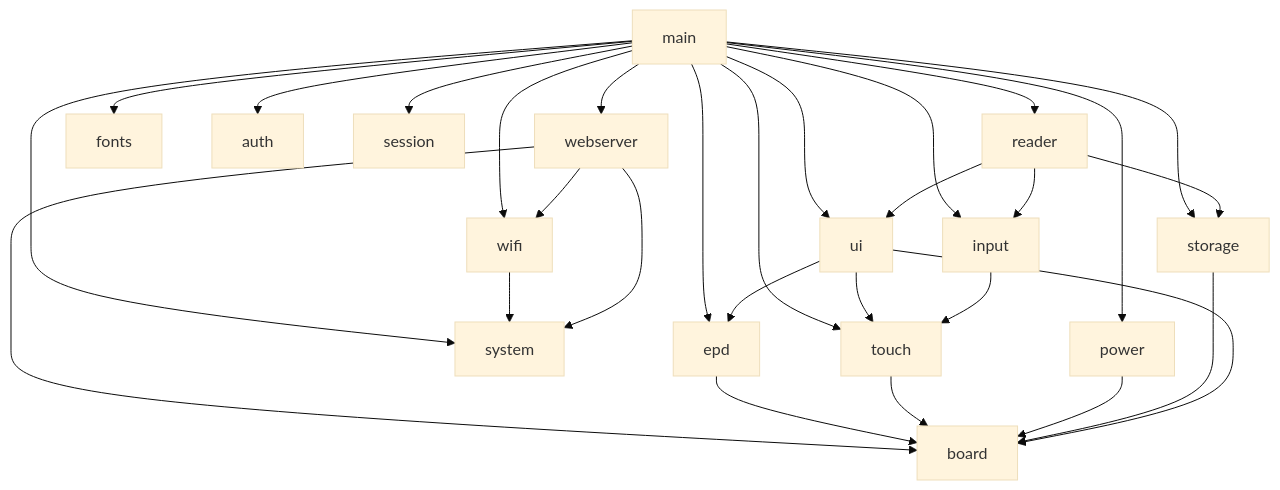
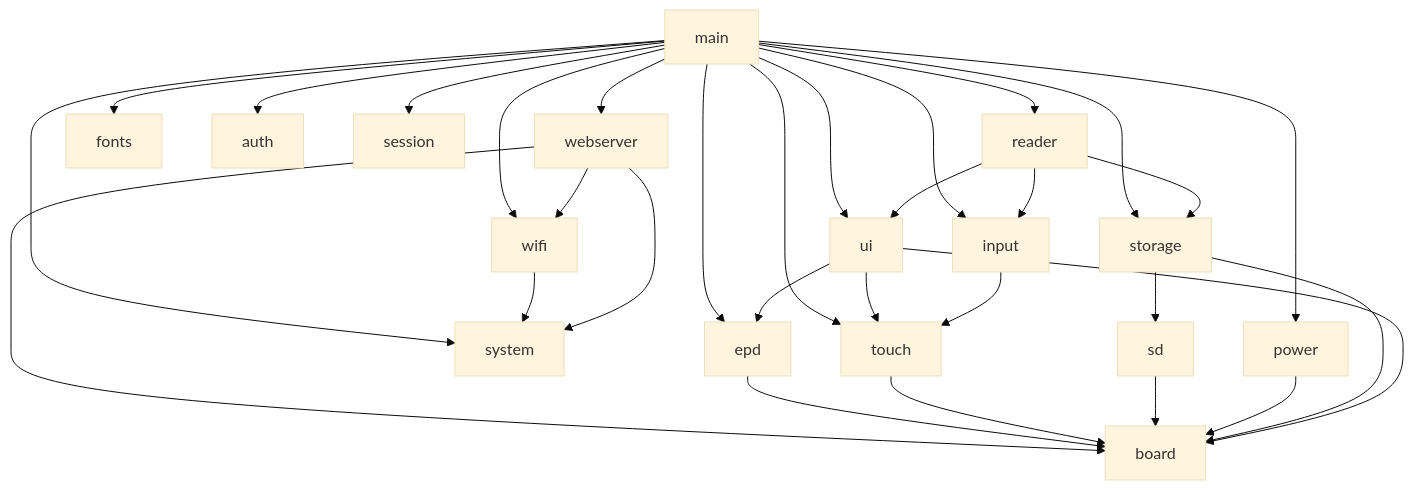
Before and after one commit to xiaobaoaaaaaa/ESPaperPlay: the first of 2 diagrams in README.md, drawn with Mermaid (base theme). The commit also changed other lines of this file and 11 other files, not shown here.

````diff
--- a/README.md
+++ b/README.md
@@ -67,36 +68,38 @@
 ```mermaid
 graph TD
     main[main] --> reader[reader]
     main --> ui[ui]
     main --> fonts[fonts]
     main --> input[input]
     main --> power[power]
     main --> storage[storage]
     main --> system[system]
     main --> auth[auth]
     main --> session[session]
     main --> wifi[wifi]
     main --> webserver[webserver]
     main --> touch[touch]
     main --> epd[epd]
 
     wifi --> system
     webserver --> system
     webserver --> wifi
     webserver --> board
 
     reader --> ui
     reader --> input
     reader --> storage
 
     ui --> epd
     ui --> touch
 
     input --> touch
 
     epd --> board[board]
     touch --> board
+    storage --> sd
+    sd --> board
     power --> board
     storage --> board
     ui --> board
 ```
````
